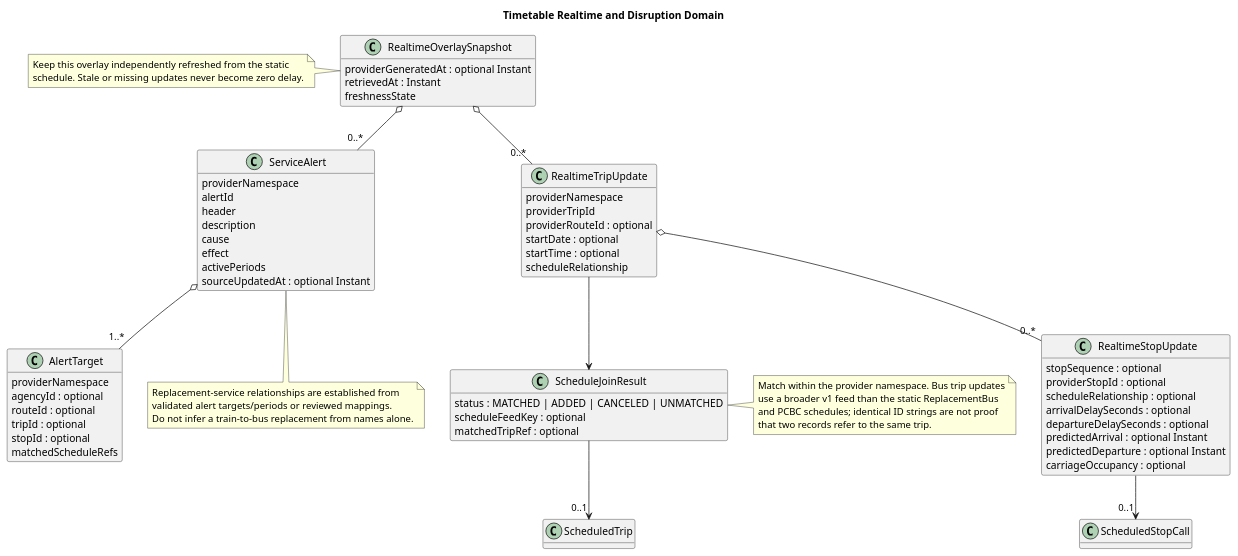
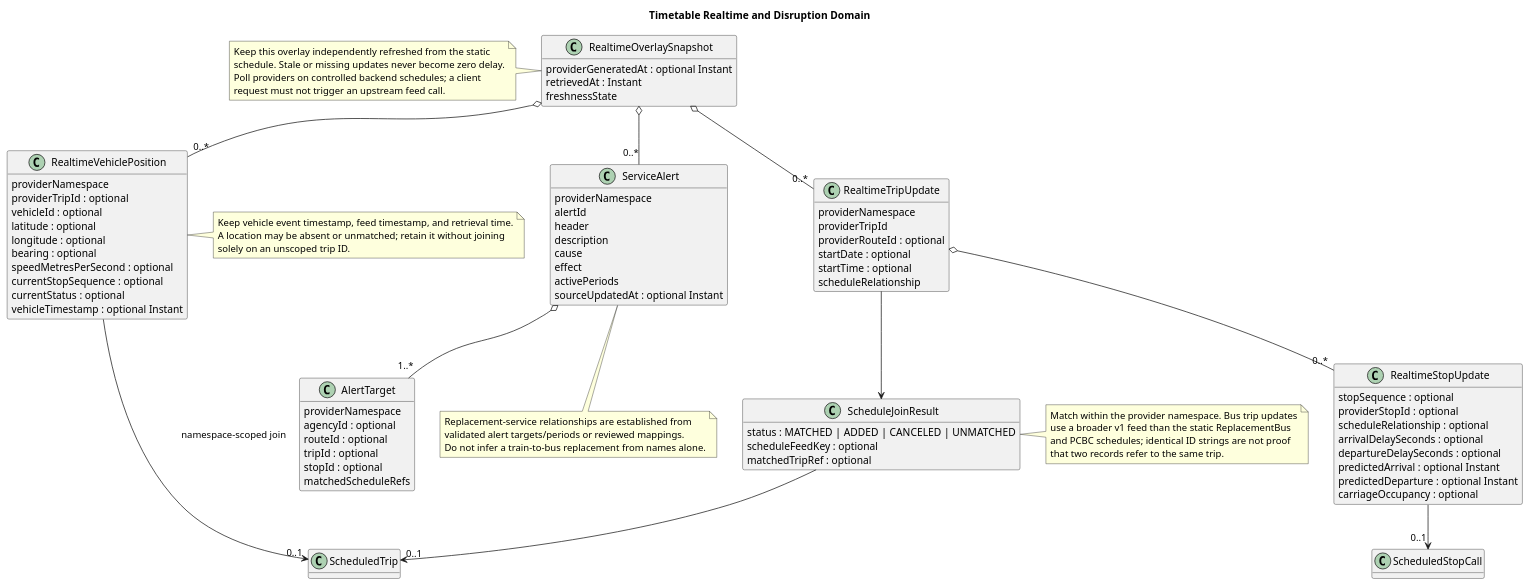
Before and after one commit to Ethan-Singh/metro-parking-web-service: the diagram in domain/models/timetable/realtime-domain.puml, drawn with PlantUML. The commit also changed 5 other files, not shown here.

```diff
--- a/domain/models/timetable/realtime-domain.puml
+++ b/domain/models/timetable/realtime-domain.puml
@@ -1,78 +1,100 @@
 @startuml
 title Timetable Realtime and Disruption Domain
 skinparam packageStyle rectangle
 hide methods
 
 class RealtimeOverlaySnapshot {
   providerGeneratedAt : optional Instant
   retrievedAt : Instant
   freshnessState
 }
 class ServiceAlert {
   providerNamespace
   alertId
   header
   description
   cause
   effect
   activePeriods
   sourceUpdatedAt : optional Instant
 }
 class AlertTarget {
   providerNamespace
   agencyId : optional
   routeId : optional
   tripId : optional
   stopId : optional
   matchedScheduleRefs
 }
 class RealtimeTripUpdate {
   providerNamespace
   providerTripId
   providerRouteId : optional
   startDate : optional
   startTime : optional
   scheduleRelationship
 }
+class RealtimeVehiclePosition {
+  providerNamespace
+  providerTripId : optional
+  vehicleId : optional
+  latitude : optional
+  longitude : optional
+  bearing : optional
+  speedMetresPerSecond : optional
+  currentStopSequence : optional
+  currentStatus : optional
+  vehicleTimestamp : optional Instant
+}
 class RealtimeStopUpdate {
   stopSequence : optional
   providerStopId : optional
   scheduleRelationship : optional
   arrivalDelaySeconds : optional
   departureDelaySeconds : optional
   predictedArrival : optional Instant
   predictedDeparture : optional Instant
   carriageOccupancy : optional
 }
 class ScheduleJoinResult {
   status : MATCHED | ADDED | CANCELED | UNMATCHED
   scheduleFeedKey : optional
   matchedTripRef : optional
 }
 
 RealtimeOverlaySnapshot o-- "0..*" ServiceAlert
 RealtimeOverlaySnapshot o-- "0..*" RealtimeTripUpdate
+RealtimeOverlaySnapshot o-- "0..*" RealtimeVehiclePosition
 ServiceAlert o-- "1..*" AlertTarget
 RealtimeTripUpdate --> ScheduleJoinResult
 ScheduleJoinResult --> "0..1" ScheduledTrip
 RealtimeTripUpdate o-- "0..*" RealtimeStopUpdate
 RealtimeStopUpdate --> "0..1" ScheduledStopCall
+RealtimeVehiclePosition --> "0..1" ScheduledTrip : namespace-scoped join
 
 note right of ScheduleJoinResult
   Match within the provider namespace. Bus trip updates
   use a broader v1 feed than the static ReplacementBus
   and PCBC schedules; identical ID strings are not proof
   that two records refer to the same trip.
 end note
 
 note bottom of ServiceAlert
   Replacement-service relationships are established from
   validated alert targets/periods or reviewed mappings.
   Do not infer a train-to-bus replacement from names alone.
 end note
 
 note left of RealtimeOverlaySnapshot
   Keep this overlay independently refreshed from the static
   schedule. Stale or missing updates never become zero delay.
+  Poll providers on controlled backend schedules; a client
+  request must not trigger an upstream feed call.
+end note
+
+note right of RealtimeVehiclePosition
+  Keep vehicle event timestamp, feed timestamp, and retrieval time.
+  A location may be absent or unmatched; retain it without joining
+  solely on an unscoped trip ID.
 end note
 @enduml
```
